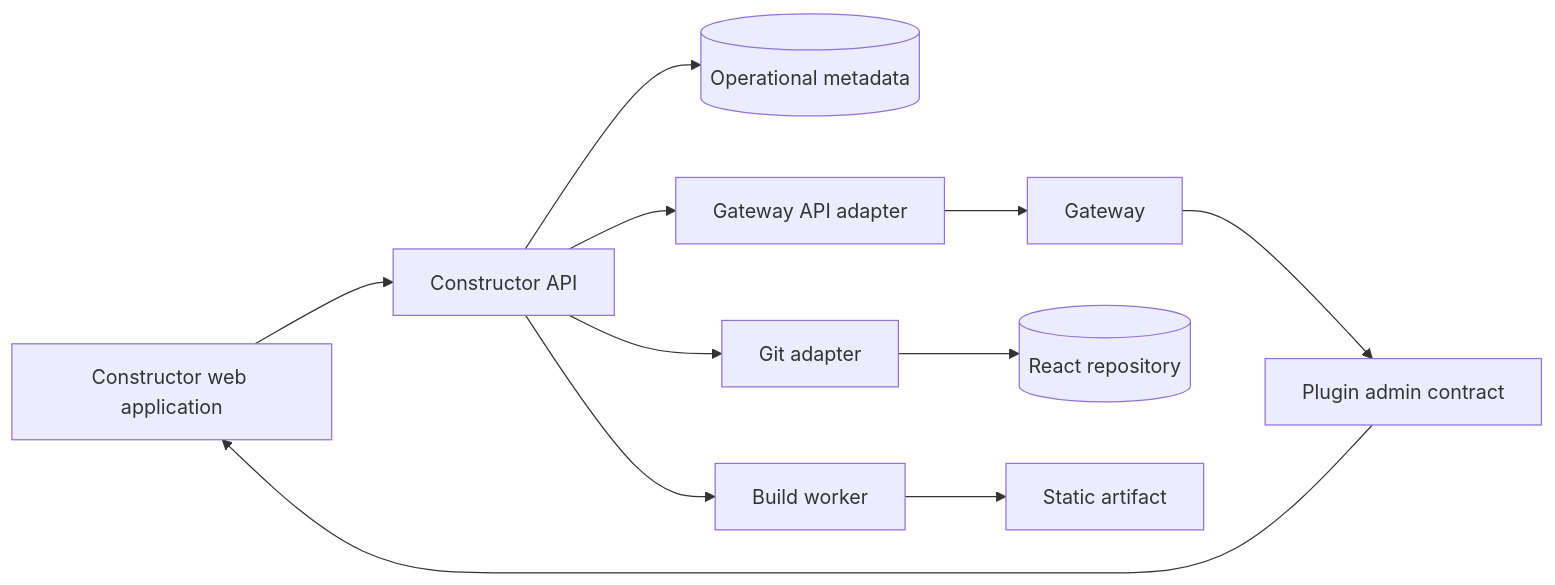
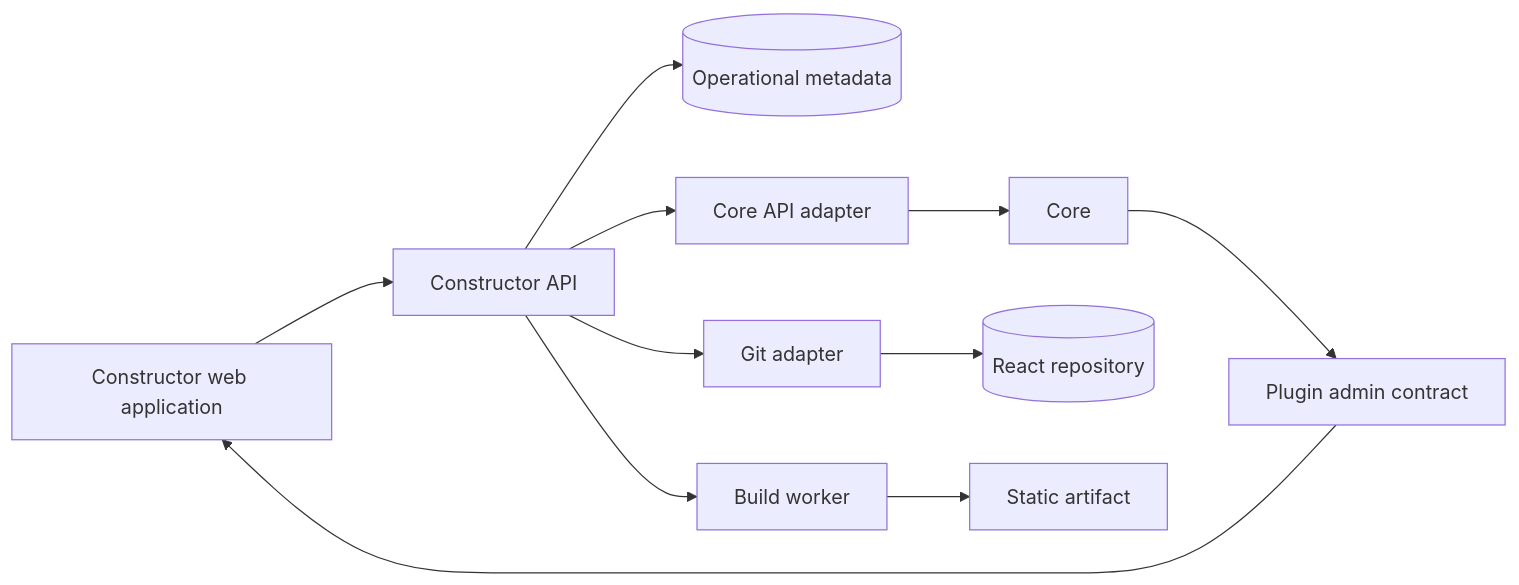
Before and after one commit to Liapoldus/liapoldus.github.io: the diagram in diagrams/constructor-architecture.mmd, drawn with Mermaid. The commit also changed 48 other files, not shown here.

```diff
--- a/diagrams/constructor-architecture.mmd
+++ b/diagrams/constructor-architecture.mmd
@@ -1,11 +1,11 @@
 flowchart LR
   UI[Constructor web application] --> API[Constructor API]
   API --> DB[(Operational metadata)]
   API --> GIT[Git adapter]
   API --> BUILD[Build worker]
-  API --> GA[Gateway API adapter]
-  GA --> GW[Gateway]
+  API --> GA[Core API adapter]
+  GA --> GW[Core]
   GW --> PA[Plugin admin contract]
   PA --> UI
   GIT --> REPO[(React repository)]
   BUILD --> ART[Static artifact]
```
